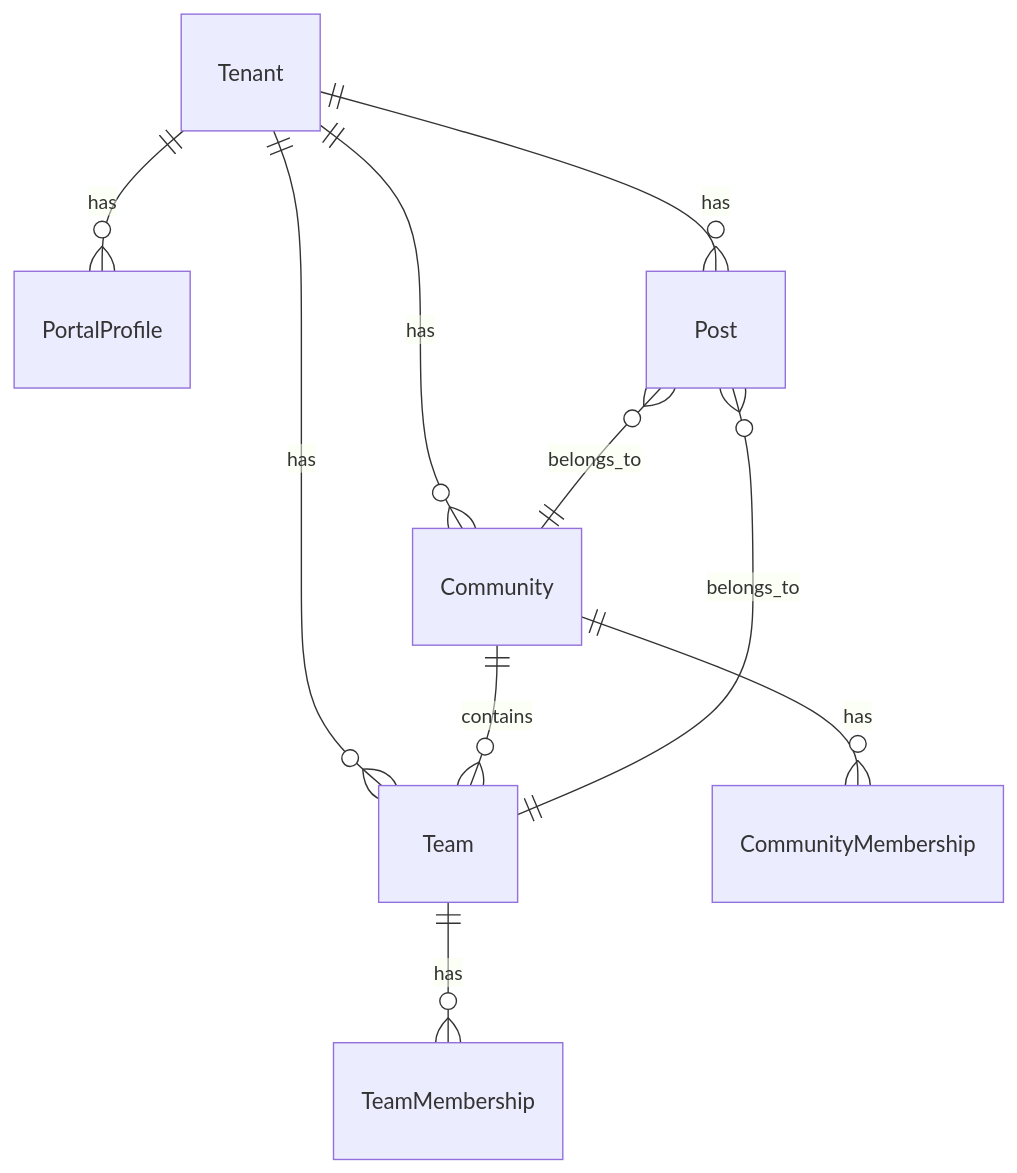
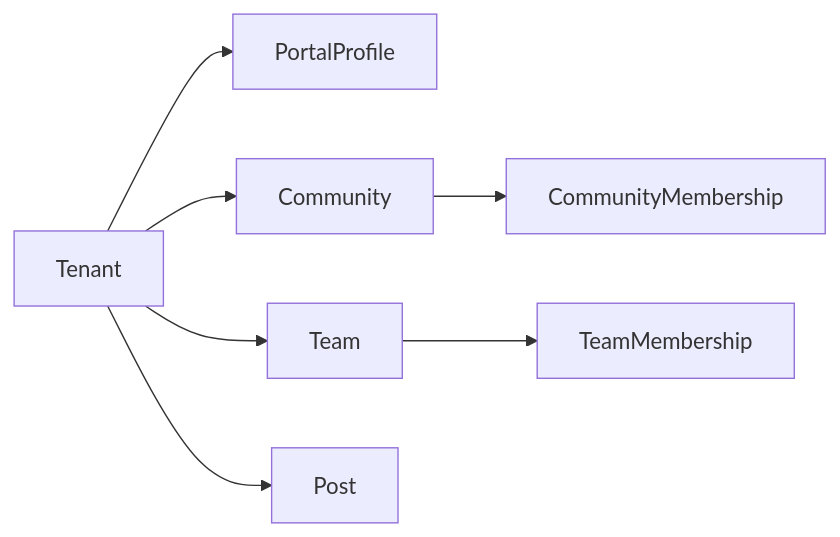
The diagram in docs/docs/services/portal/models.md (updatingspace/portal), drawn with Mermaid before and after one commit. The commit also changed other lines of this file and 65 other files, not shown here.

Commit message:
docs: rewrite architecture, operations and legal guidance

````diff
--- a/docs/docs/services/portal/models.md
+++ b/docs/docs/services/portal/models.md
@@ -11,15 +21,17 @@
 ```mermaid
-erDiagram
-    Tenant ||--o{ PortalProfile : has
-    Tenant ||--o{ Community : has
-    Tenant ||--o{ Team : has
-    Tenant ||--o{ Post : has
-    
-    Community ||--o{ CommunityMembership : has
-    Community ||--o{ Team : contains
-    
-    Team ||--o{ TeamMembership : has
-    
-    Post }o--|| Community : belongs_to
-    Post }o--|| Team : belongs_to
+flowchart LR
+    Tenant["Tenant"]
+    Profile["PortalProfile"]
+    Community["Community"]
+    CommunityMembership["CommunityMembership"]
+    Team["Team"]
+    TeamMembership["TeamMembership"]
+    Post["Post"]
+
+    Tenant --> Profile
+    Tenant --> Community
+    Tenant --> Team
+    Tenant --> Post
+    Community --> CommunityMembership
+    Team --> TeamMembership
 ```
````
